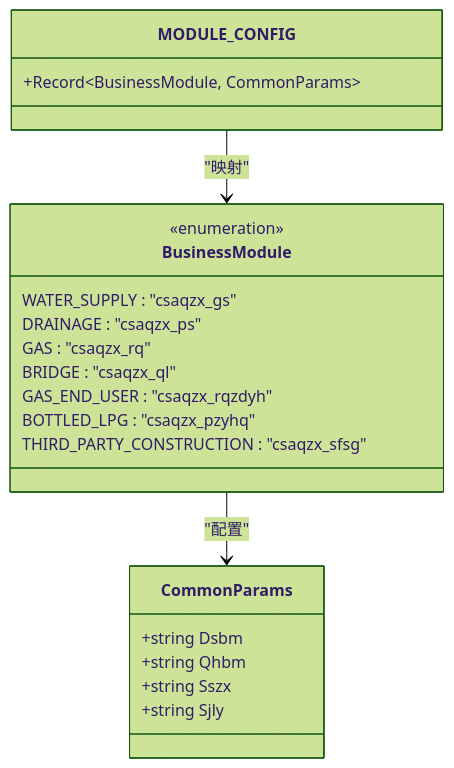
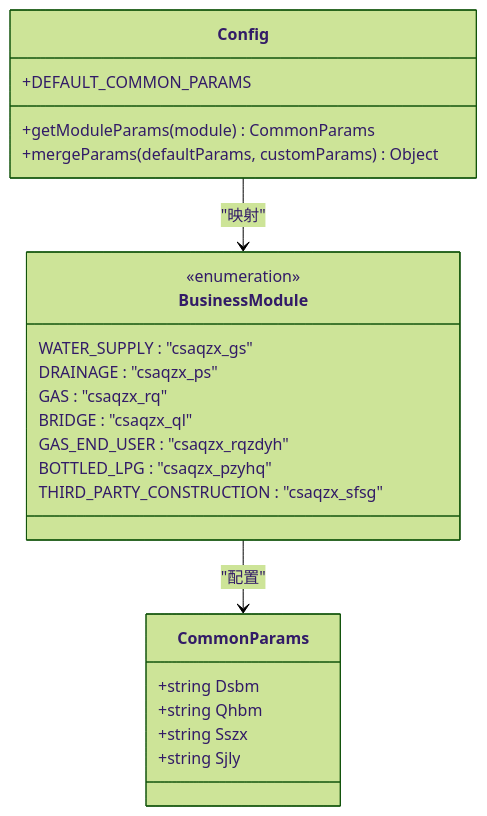
One commit to zhibo1997/government-dashboard changed diagram 13 of 14 in .qoder/repowiki/zh/content/API集成/API集成.md. Above: the diagram before and after it, drawn with Mermaid (forest theme). The commit also changed other lines of this file and 28 other files, not shown here.

````diff
--- a/.qoder/repowiki/zh/content/API集成/API集成.md
+++ b/.qoder/repowiki/zh/content/API集成/API集成.md
@@ -428,24 +484,26 @@
 ```mermaid
 classDiagram
 class BusinessModule {
 <<enumeration>>
 WATER_SUPPLY : "csaqzx_gs"
 DRAINAGE : "csaqzx_ps"
 GAS : "csaqzx_rq"
 BRIDGE : "csaqzx_ql"
 GAS_END_USER : "csaqzx_rqzdyh"
 BOTTLED_LPG : "csaqzx_pzyhq"
 THIRD_PARTY_CONSTRUCTION : "csaqzx_sfsg"
 }
 class CommonParams {
 +string Dsbm
 +string Qhbm
 +string Sszx
 +string Sjly
 }
-class MODULE_CONFIG {
-+Record~BusinessModule, CommonParams~
+class Config {
++DEFAULT_COMMON_PARAMS
++getModuleParams(module) CommonParams
++mergeParams(defaultParams, customParams) Object
 }
 BusinessModule --> CommonParams : "配置"
-MODULE_CONFIG --> BusinessModule : "映射"
+Config --> BusinessModule : "映射"
 ```
````
